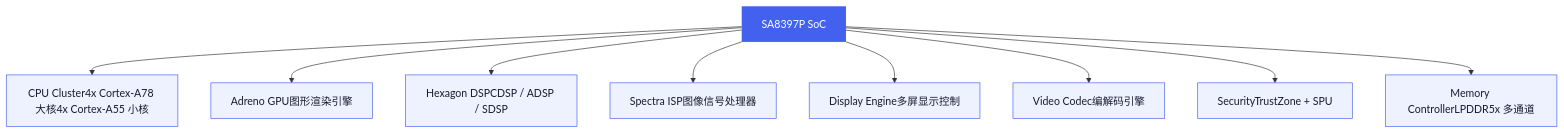
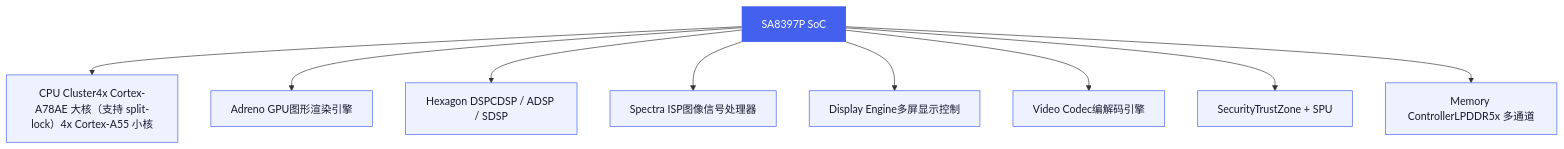
The first of 9 diagrams in cockpit/general/hardware.md (ranpin/edge-ai-docs), drawn with Mermaid before and after one commit. The commit also changed other lines of this file and 13 other files, not shown here.

````diff
--- a/cockpit/general/hardware.md
+++ b/cockpit/general/hardware.md
@@ -20,22 +36,22 @@
 ```mermaid
 graph TB
     SOC["SA8397P SoC"]
-    SOC --> CPU["CPU Cluster4x Cortex-A78 大核4x Cortex-A55 小核"]
+    SOC --> CPU["CPU Cluster4x Cortex-A78AE 大核（支持 split-lock）4x Cortex-A55 小核"]
     SOC --> GPU["Adreno GPU图形渲染引擎"]
     SOC --> DSP["Hexagon DSPCDSP / ADSP / SDSP"]
     SOC --> ISP["Spectra ISP图像信号处理器"]
     SOC --> DISP["Display Engine多屏显示控制"]
     SOC --> VIDEO["Video Codec编解码引擎"]
     SOC --> SEC["SecurityTrustZone + SPU"]
     SOC --> MEM["Memory ControllerLPDDR5x 多通道"]
 
     style SOC fill:#4361ee,color:#fff,stroke:none
     style CPU fill:#eef2ff,color:#1a1a2e,stroke:#4361ee
     style GPU fill:#eef2ff,color:#1a1a2e,stroke:#4361ee
     style DSP fill:#eef2ff,color:#1a1a2e,stroke:#4361ee
     style ISP fill:#eef2ff,color:#1a1a2e,stroke:#4361ee
     style DISP fill:#eef2ff,color:#1a1a2e,stroke:#4361ee
     style VIDEO fill:#eef2ff,color:#1a1a2e,stroke:#4361ee
     style SEC fill:#eef2ff,color:#1a1a2e,stroke:#4361ee
     style MEM fill:#eef2ff,color:#1a1a2e,stroke:#4361ee
 ```
````
